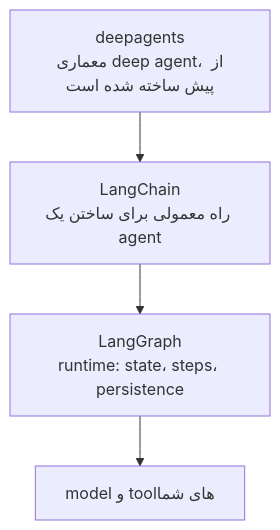
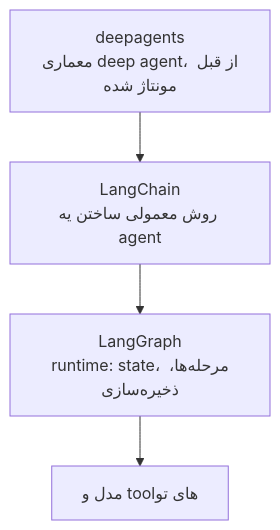
Before and after one commit to lokumai/ai-engineering-bazaar: the first of 2 diagrams in mini-courses/4_ecosystem/agent_frameworks_fa.md, drawn with Mermaid. The commit also changed other lines of this file and 63 other files, not shown here.

````diff
--- a/mini-courses/4_ecosystem/agent_frameworks_fa.md
+++ b/mini-courses/4_ecosystem/agent_frameworks_fa.md
@@ -21,6 +21,6 @@
 ```mermaid
 graph TD
-    A["deepagents<br/>معماری deep agent، از پیش ساخته شده است"] --> B["LangChain<br/>راه معمولی برای ساختن یک agent"]
-    B --> C["LangGraph<br/>runtime: state، steps، persistence"]
-    C --> D["model و tool‌های شما"]
+    A["deepagents<br/>معماری deep agent، از قبل مونتاژ شده"] --> B["LangChain<br/>روش معمولی ساختن یه agent"]
+    B --> C["LangGraph<br/>runtime: state، مرحله‌ها، ذخیره‌سازی"]
+    C --> D["مدل و tool‌های تو"]
 ```
````
